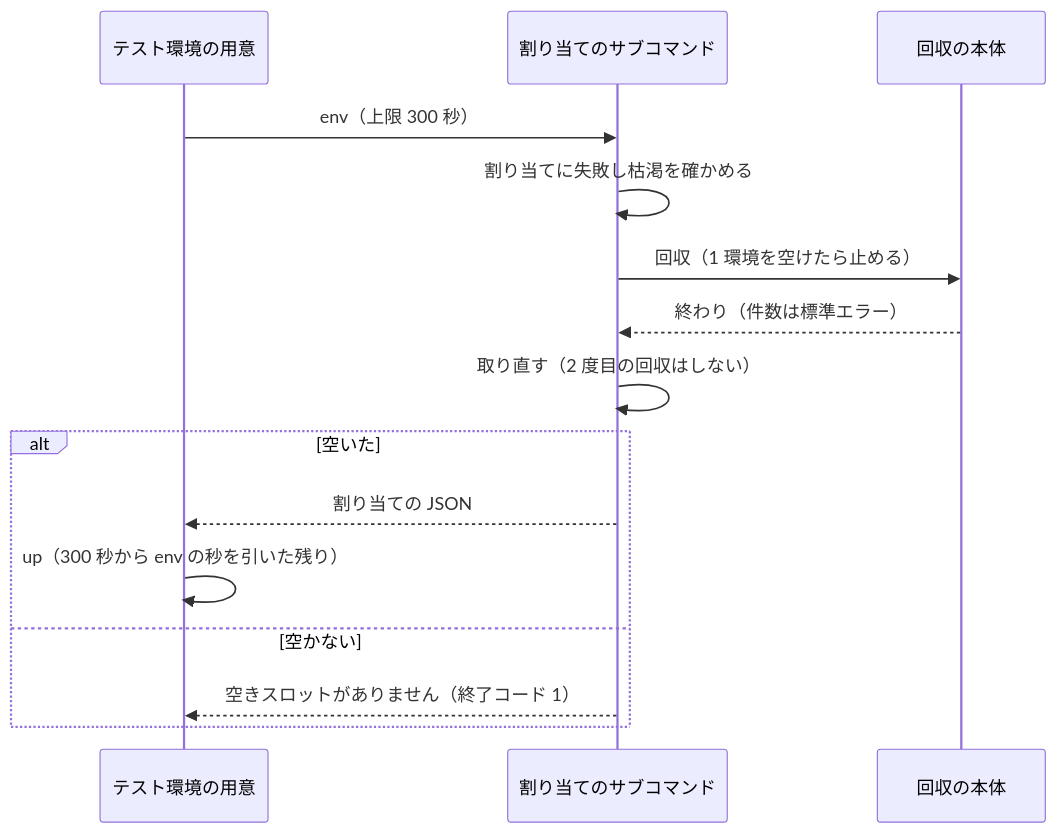
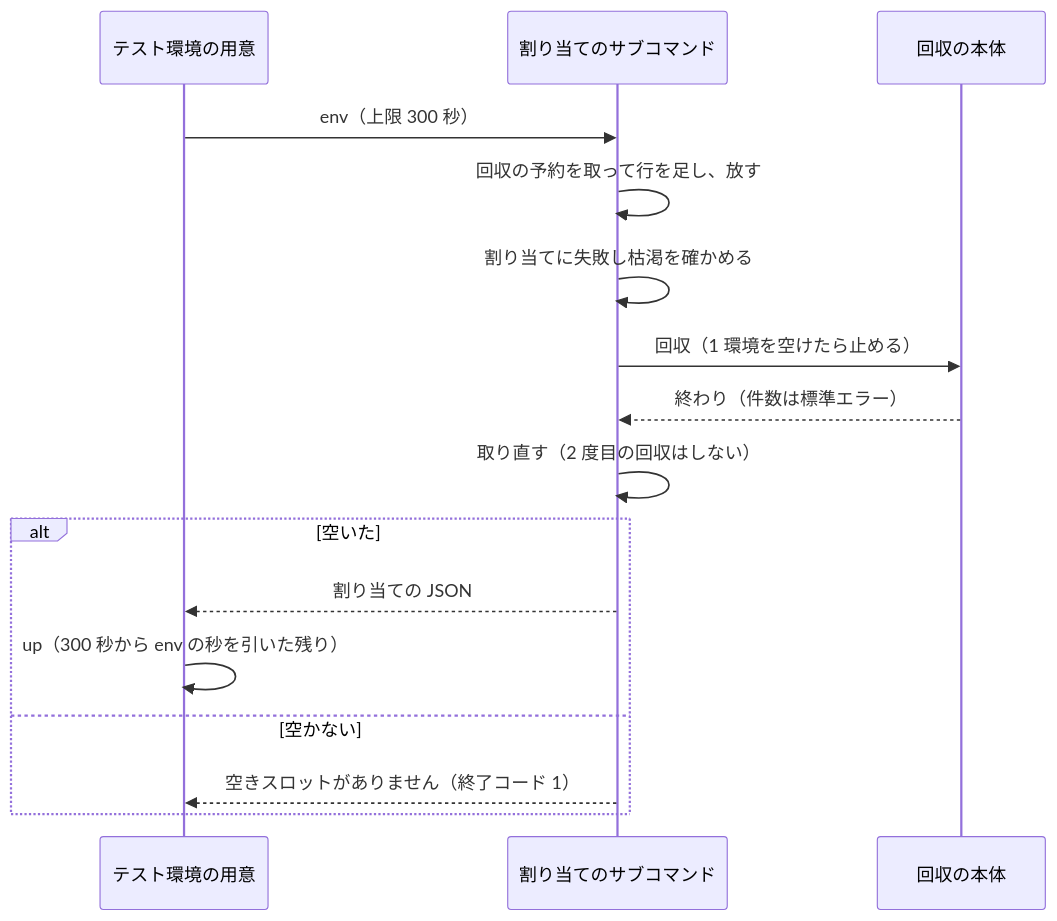
The fifth of 5 diagrams in issues/issue-2660-design.md (devbasex/ai-plugins), drawn with Mermaid before and after one commit. The commit also changed other lines of this file and 2 other files, not shown here.

````diff
--- a/issues/issue-2660-design.md
+++ b/issues/issue-2660-design.md
@@ -382,17 +426,18 @@
 ```mermaid
 sequenceDiagram
     participant W as テスト環境の用意
     participant E as 割り当てのサブコマンド
     participant C as 回収の本体
     W->>E: env（上限 300 秒）
+    E->>E: 回収の予約を取って行を足し、放す
     E->>E: 割り当てに失敗し枯渇を確かめる
     E->>C: 回収（1 環境を空けたら止める）
     C-->>E: 終わり（件数は標準エラー）
     E->>E: 取り直す（2 度目の回収はしない）
     alt 空いた
         E-->>W: 割り当ての JSON
         W->>W: up（300 秒から env の秒を引いた残り）
     else 空かない
         E-->>W: 空きスロットがありません（終了コード 1）
     end
 ```
````
